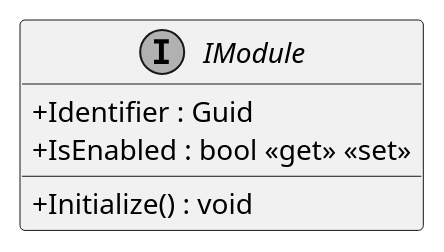
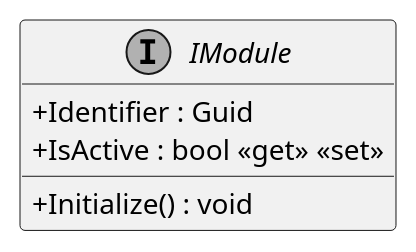
Before and after one commit to insightmind/MORR: the diagram in documents/sd/plantuml/application/Common/Shared/Modules/IModule.puml, drawn with PlantUML. The commit also changed 6 other files, not shown here.

```diff
--- a/documents/sd/plantuml/application/Common/Shared/Modules/IModule.puml
+++ b/documents/sd/plantuml/application/Common/Shared/Modules/IModule.puml
@@ -1,11 +1,11 @@
 @startuml
 skinparam monochrome true
 skinparam classAttributeIconSize 0
 
 interface IModule {
     + Identifier : Guid
-    + IsEnabled : bool <<get>> <<set>>
+    + IsActive : bool <<get>> <<set>>
     + Initialize() : void
 }
 
 @enduml
```
